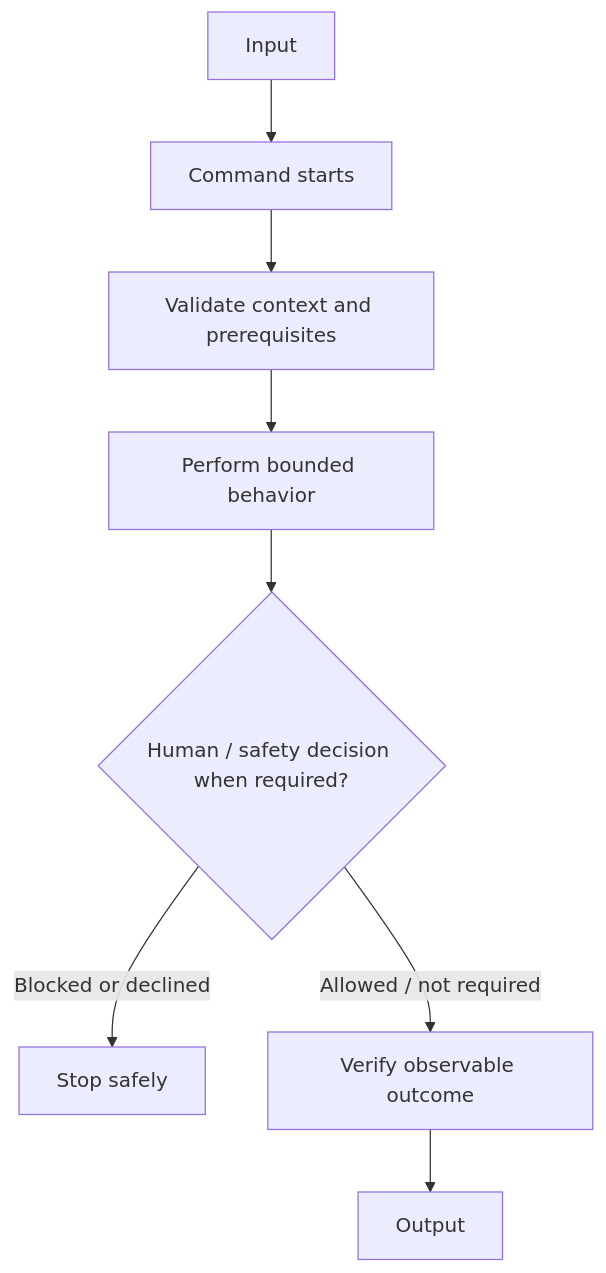
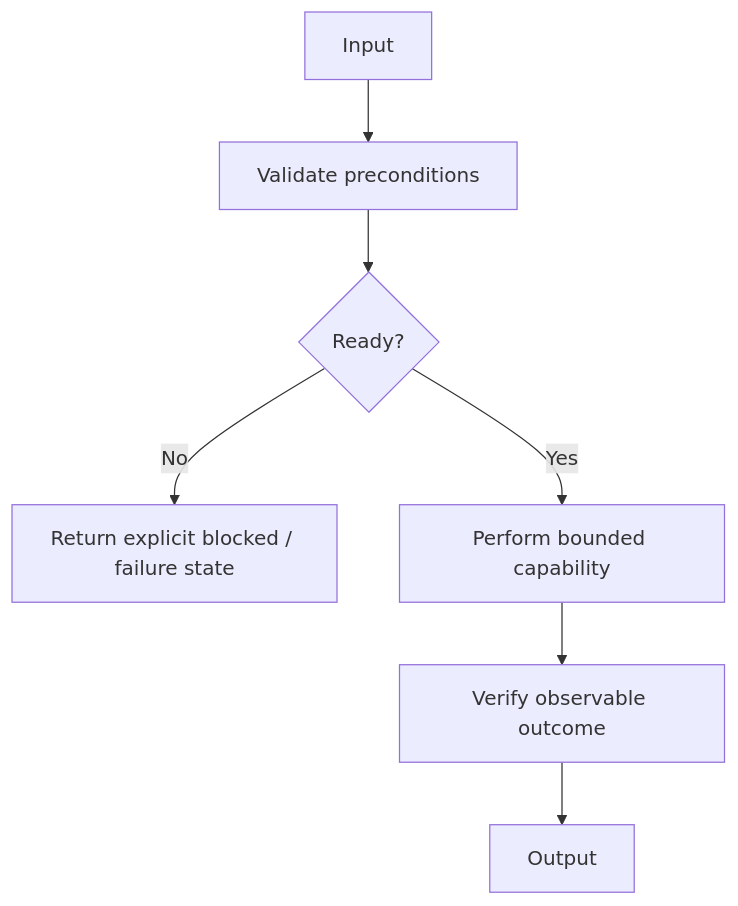
The fourth of 4 diagrams in commands/command.spec.md (starodubtsevconsulting/ai-commands), drawn with Mermaid before and after one commit. The commit also changed other lines of this file, not shown here.

Commit message:
Make command specifications agent-agnostic

````diff
--- a/commands/command.spec.md
+++ b/commands/command.spec.md
@@ -53,10 +86,9 @@
 ```mermaid
 flowchart TD
-  Input["Input"] --> Start["Command starts"]
-  Start --> Validate["Validate context and prerequisites"]
-  Validate --> Execute["Perform bounded behavior"]
-  Execute --> Decision{"Human / safety decision when required?"}
-  Decision -->|Blocked or declined| Stop["Stop safely"]
-  Decision -->|Allowed / not required| Verify["Verify observable outcome"]
+  Input["Input"] --> Validate["Validate preconditions"]
+  Validate --> Ready{"Ready?"}
+  Ready -->|No| Blocked["Return explicit blocked / failure state"]
+  Ready -->|Yes| Execute["Perform bounded capability"]
+  Execute --> Verify["Verify observable outcome"]
   Verify --> Output["Output"]
 ```
````
